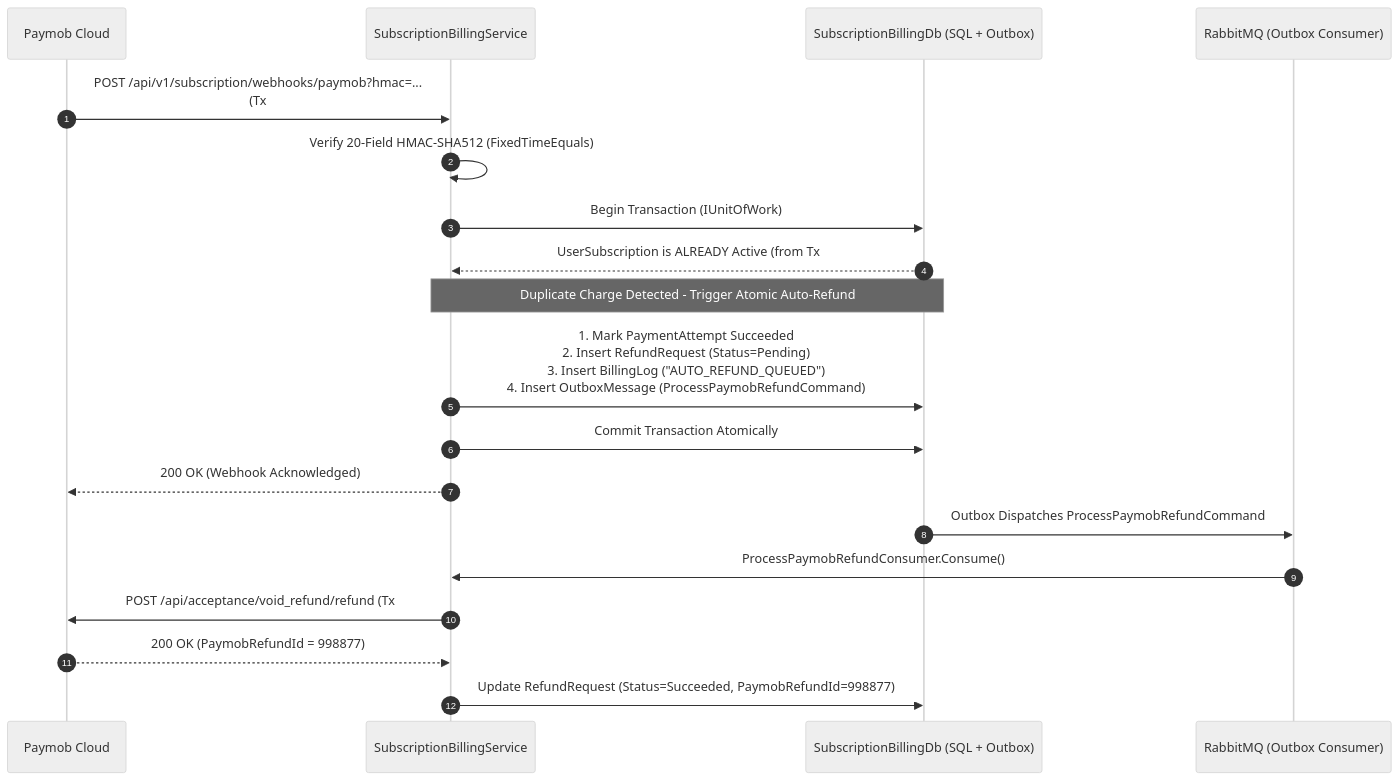
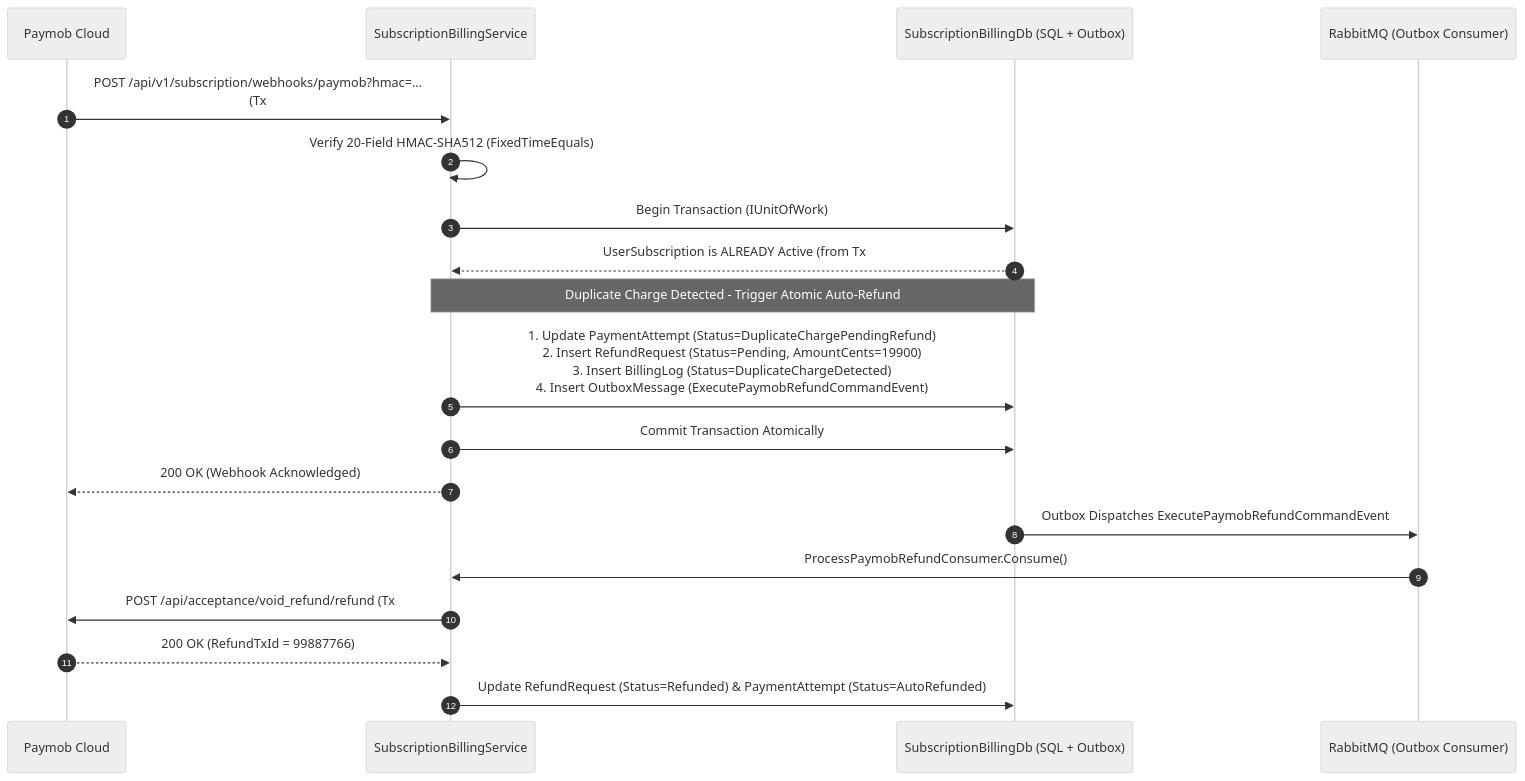
Diagram 13 of 17 in README.md (Elevate-Fitness-Project-Teams/FitnessApp-team2), drawn with Mermaid (neutral theme) before and after one commit. The commit also changed other lines of this file, not shown here.

Commit message:
docs: expand root README with platform feature matrix and comprehensive business/technical graphs

````diff
--- a/README.md
+++ b/README.md
@@ -344,23 +571,23 @@
 ```mermaid
 sequenceDiagram
     autonumber
     participant Paymob as Paymob Cloud
     participant Sub as SubscriptionBillingService
     participant SQL as SubscriptionBillingDb (SQL + Outbox)
     participant RMQ as RabbitMQ (Outbox Consumer)
 
-    Paymob->>Sub: POST /api/v1/subscription/webhooks/paymob?hmac=...<br/>(Tx #2002, Success=true, 149.99 EGP)
+    Paymob->>Sub: POST /api/v1/subscription/webhooks/paymob?hmac=...<br/>(Tx #88776655, Success=true, 199.00 EGP)
     Sub->>Sub: Verify 20-Field HMAC-SHA512 (FixedTimeEquals)
     Sub->>SQL: Begin Transaction (IUnitOfWork)
-    SQL-->>Sub: UserSubscription is ALREADY Active (from Tx #2001)
+    SQL-->>Sub: UserSubscription is ALREADY Active (from Tx #88776600)
     Note over Sub,SQL: Duplicate Charge Detected - Trigger Atomic Auto-Refund
-    Sub->>SQL: 1. Mark PaymentAttempt Succeeded<br/>2. Insert RefundRequest (Status=Pending)<br/>3. Insert BillingLog ("AUTO_REFUND_QUEUED")<br/>4. Insert OutboxMessage (ProcessPaymobRefundCommand)
+    Sub->>SQL: 1. Update PaymentAttempt (Status=DuplicateChargePendingRefund)<br/>2. Insert RefundRequest (Status=Pending, AmountCents=19900)<br/>3. Insert BillingLog (Status=DuplicateChargeDetected)<br/>4. Insert OutboxMessage (ExecutePaymobRefundCommandEvent)
     Sub->>SQL: Commit Transaction Atomically
     Sub-->>Paymob: 200 OK (Webhook Acknowledged)
 
-    SQL->>RMQ: Outbox Dispatches ProcessPaymobRefundCommand
+    SQL->>RMQ: Outbox Dispatches ExecutePaymobRefundCommandEvent
     RMQ->>Sub: ProcessPaymobRefundConsumer.Consume()
-    Sub->>Paymob: POST /api/acceptance/void_refund/refund (Tx #2002, 14999 cents)
-    Paymob-->>Sub: 200 OK (PaymobRefundId = 998877)
-    Sub->>SQL: Update RefundRequest (Status=Succeeded, PaymobRefundId=998877)
+    Sub->>Paymob: POST /api/acceptance/void_refund/refund (Tx #88776655, 19900 cents)
+    Paymob-->>Sub: 200 OK (RefundTxId = 99887766)
+    Sub->>SQL: Update RefundRequest (Status=Refunded) & PaymentAttempt (Status=AutoRefunded)
 ```
````
